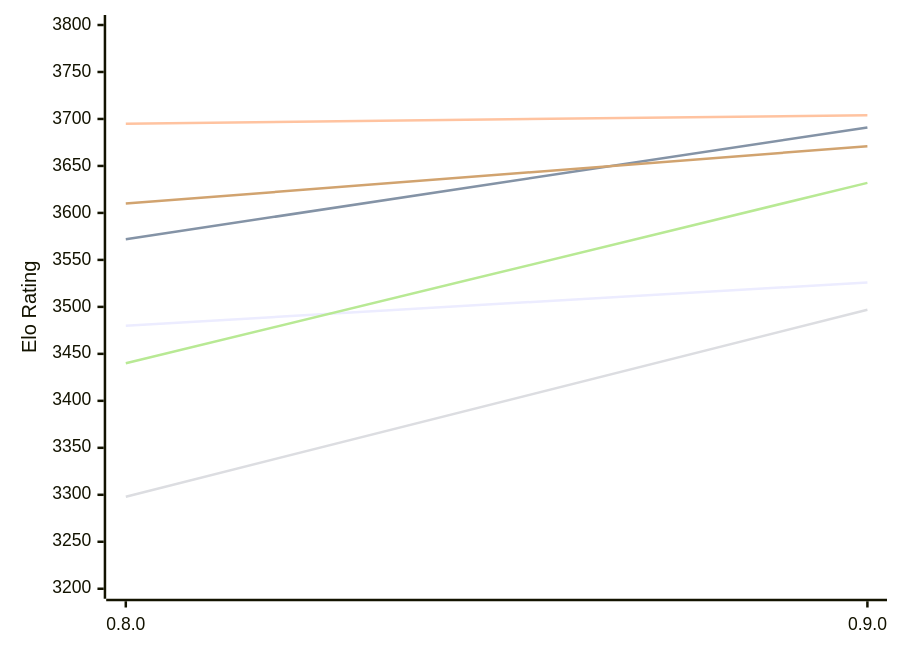
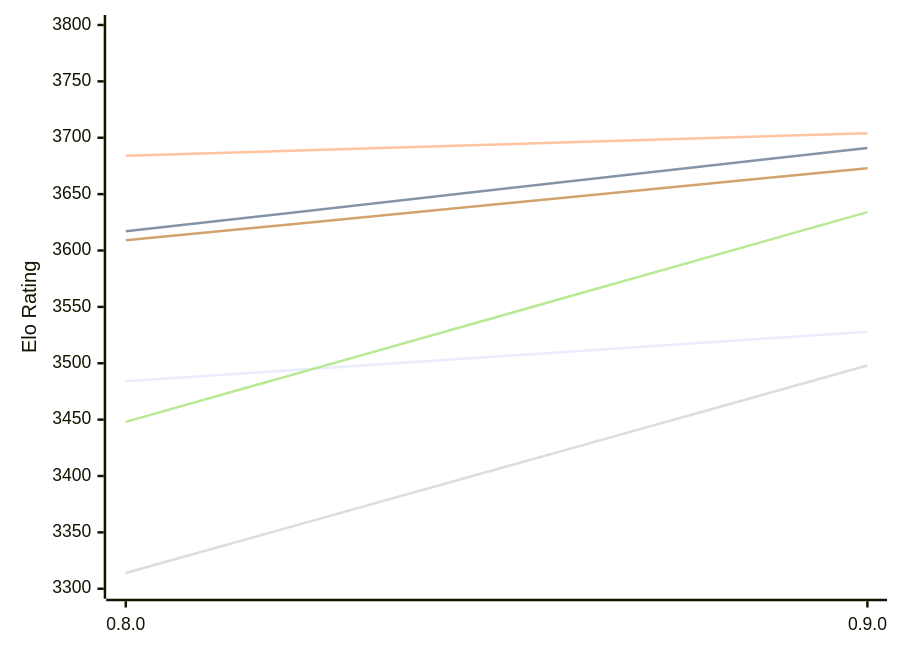
The first of 2 diagrams in engines/Reckless.md (computer-chess-index/cci), drawn with Mermaid before and after one commit. The commit also changed other lines of this file, not shown here.

Commit message:
Update CCI Ratings (ELO VLTC) - 2026-11-17

````diff
--- a/engines/Reckless.md
+++ b/engines/Reckless.md
@@ -50,12 +50,12 @@
 ```mermaid
 %%{init: {"theme":"base","themeVariables":{"seriesColors:['#a3a3a3','#222221','#faa371']}}}%%
 xychart-beta
   x-axis ["0.8.0", "0.9.0"]
-  y-axis "Elo Rating" 3200 --> 3800
-  line "E1: STC (8.0+0.08s)" [3480, 3526]
-  line "E1: LTC (60.0+0.60s)" [3572, 3691]
-  line "E1: VLTC (2m24s+1.12s)" [3695, 3704]
-  line "P1: STC (8.0+0.08s)" [3298, 3497]
-  line "P1: LTC (60.0+0.60s)" [3440, 3632]
-  line "P1: VLTC (2m24s+1.12s)" [3610, 3671]
+  y-axis "Elo Rating" 3300 --> 3800
+  line "E1: STC (8.0+0.08s)" [3484, 3528]
+  line "E1: LTC (60.0+0.60s)" [3617, 3691]
+  line "E1: VLTC (2m24s+1.12s)" [3684, 3704]
+  line "P1: STC (8.0+0.08s)" [3314, 3498]
+  line "P1: LTC (60.0+0.60s)" [3448, 3634]
+  line "P1: VLTC (2m24s+1.12s)" [3609, 3673]
 ```
````
